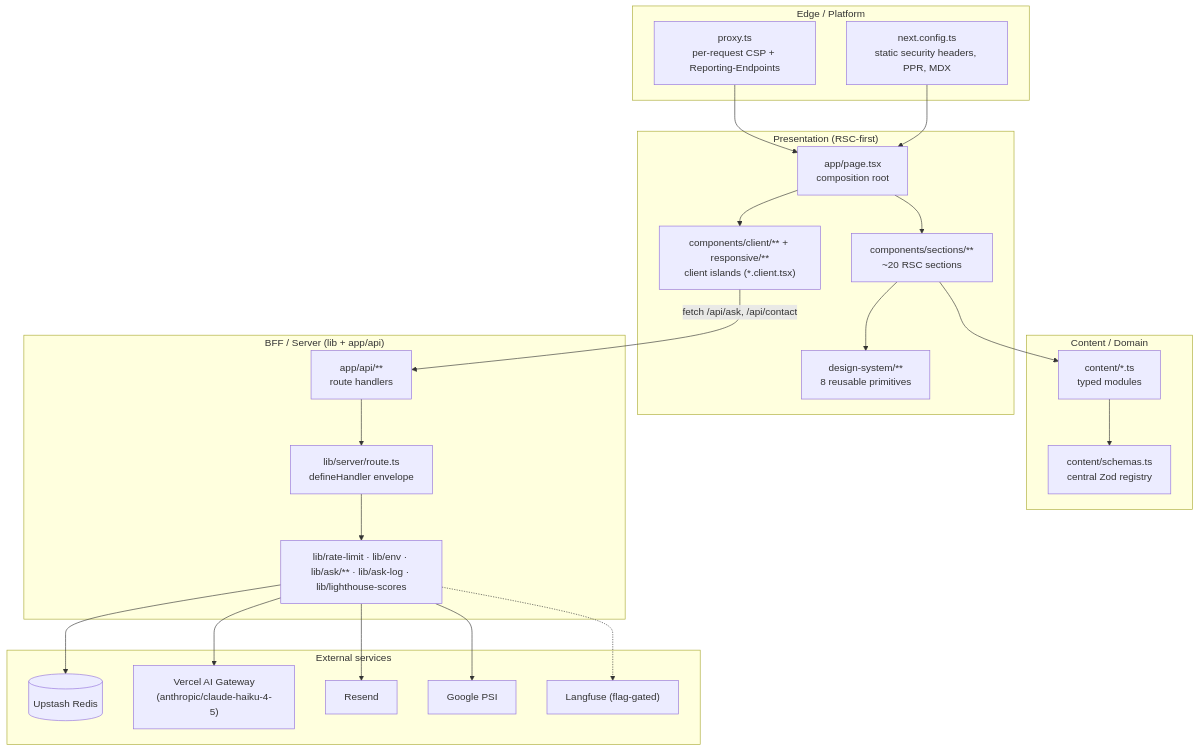
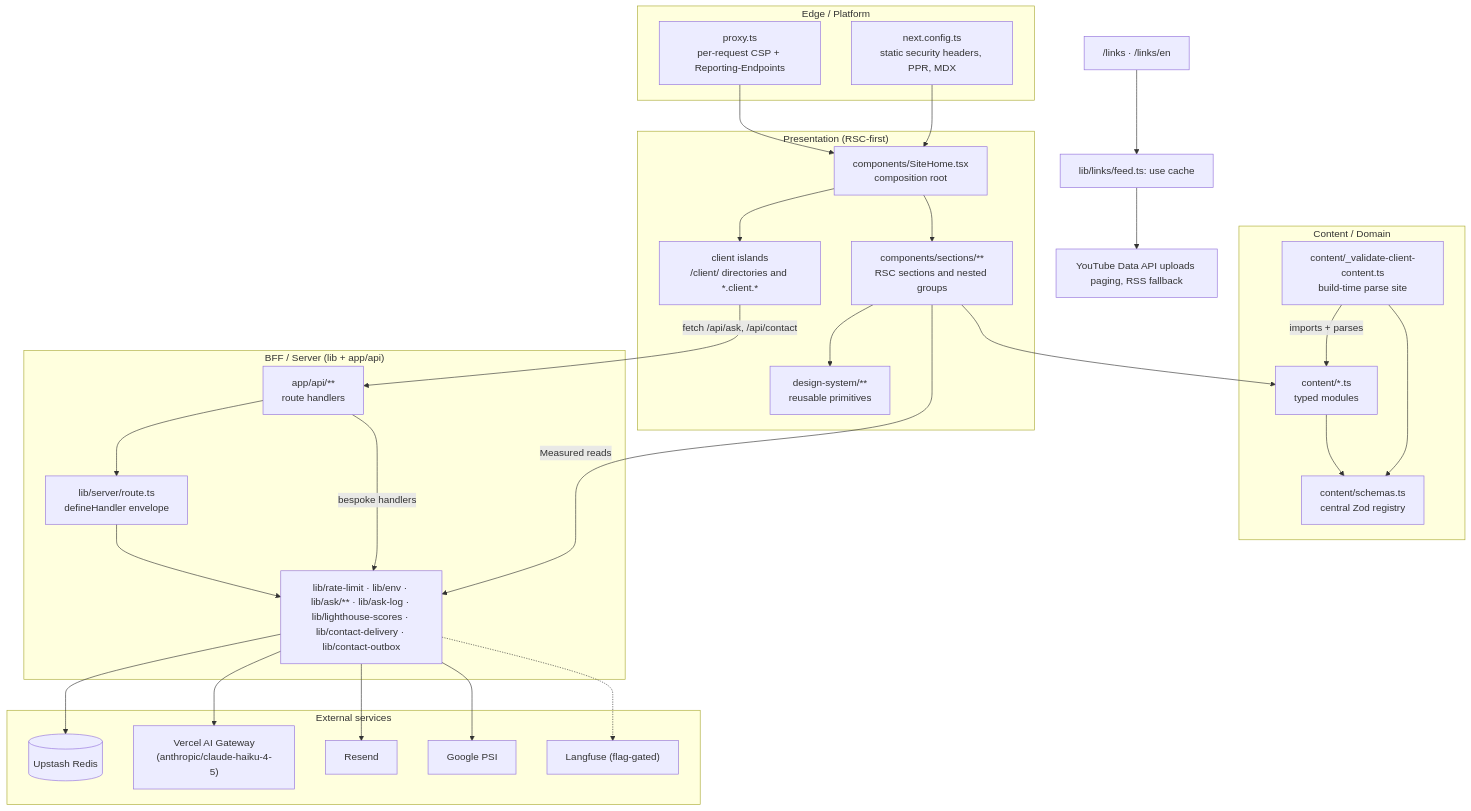
One commit to erikunha/portfolio changed the first of 3 diagrams in docs/01-architecture.md. Above: the diagram before and after it, drawn with Mermaid. The commit also changed other lines of this file and 1307 other files, not shown here.

````diff
--- a/docs/01-architecture.md
+++ b/docs/01-architecture.md
@@ -15,42 +15,50 @@
 ```mermaid
 flowchart TB
     subgraph edge["Edge / Platform"]
         proxy["proxy.ts<br/>per-request CSP + Reporting-Endpoints"]
         cfg["next.config.ts<br/>static security headers, PPR, MDX"]
     end
     subgraph present["Presentation (RSC-first)"]
-        page["app/page.tsx<br/>composition root"]
-        sections["components/sections/**<br/>~20 RSC sections"]
-        islands["components/client/** + responsive/**<br/>client islands (*.client.tsx)"]
-        ds["design-system/**<br/>8 reusable primitives"]
+        page["components/SiteHome.tsx<br/>composition root"]
+        sections["components/sections/**<br/>RSC sections and nested groups"]
+        islands["client islands<br/>/client/ directories and *.client.*"]
+        ds["design-system/**<br/>reusable primitives"]
     end
     subgraph content["Content / Domain"]
         cmods["content/*.ts<br/>typed modules"]
         schemas["content/schemas.ts<br/>central Zod registry"]
+        gate["content/_validate-client-content.ts<br/>build-time parse site"]
     end
     subgraph bff["BFF / Server (lib + app/api)"]
         api["app/api/**<br/>route handlers"]
         handler["lib/server/route.ts<br/>defineHandler envelope"]
-        libcore["lib/rate-limit · lib/env · lib/ask/** · lib/ask-log · lib/lighthouse-scores"]
+        libcore["lib/rate-limit · lib/env · lib/ask/** · lib/ask-log · lib/lighthouse-scores · lib/contact-delivery · lib/contact-outbox"]
     end
     subgraph ext["External services"]
         redis[("Upstash Redis")]
         gw["Vercel AI Gateway<br/>(anthropic/claude-haiku-4-5)"]
         resend["Resend"]
         psi["Google PSI"]
         lf["Langfuse (flag-gated)"]
     end
 
     proxy --> page
     cfg --> page
     page --> sections --> ds
     page --> islands
-    sections --> cmods --> schemas
+    sections --> cmods
+    cmods --> schemas
+    gate -->|imports + parses| cmods
+    gate --> schemas
     islands -->|fetch /api/ask, /api/contact| api
     api --> handler --> libcore
+    api -->|bespoke handlers| libcore
+    sections -->|Measured reads| libcore
+    links["/links · /links/en"] --> feed["lib/links/feed.ts: use cache"]
+    feed --> yt["YouTube Data API uploads paging, RSS fallback"]
     libcore --> redis
     libcore --> gw
     libcore --> resend
     libcore --> psi
     libcore -.-> lf
 ```
````
